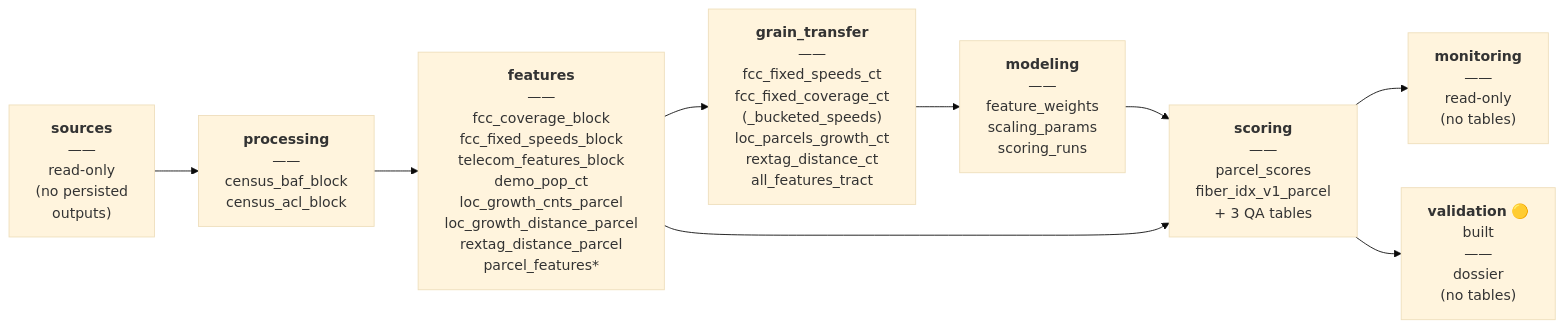
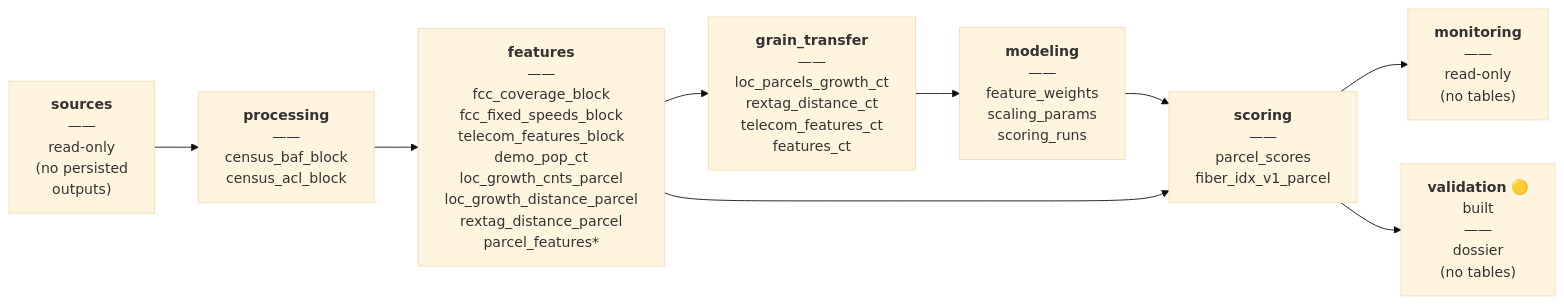
The diagram in docs/repo_structure_detailed.md (eprashar-clgx/network-idx), drawn with Mermaid (base theme) before and after one commit. The commit also changed other lines of this file and 7 other files, not shown here.

````diff
--- a/docs/repo_structure_detailed.md
+++ b/docs/repo_structure_detailed.md
@@ -27,15 +31,15 @@
 ```mermaid
 flowchart LR
   SRC["<b>sources</b><br/>——<br/>read-only<br/>(no persisted<br/>outputs)"]
   PROC["<b>processing</b><br/>——<br/>census_baf_block<br/>census_acl_block"]
   FEAT["<b>features</b><br/>——<br/>fcc_coverage_block<br/>fcc_fixed_speeds_block<br/>telecom_features_block<br/>demo_pop_ct<br/>loc_growth_cnts_parcel<br/>loc_growth_distance_parcel<br/>rextag_distance_parcel<br/>parcel_features*"]
-  GT["<b>grain_transfer</b><br/>——<br/>fcc_fixed_speeds_ct<br/>fcc_fixed_coverage_ct<br/>(_bucketed_speeds)<br/>loc_parcels_growth_ct<br/>rextag_distance_ct<br/>all_features_tract"]
+  GT["<b>grain_transfer</b><br/>——<br/>loc_parcels_growth_ct<br/>rextag_distance_ct<br/>telecom_features_ct<br/>features_ct"]
   MODEL["<b>modeling</b><br/>——<br/>feature_weights<br/>scaling_params<br/>scoring_runs"]
-  SCORE["<b>scoring</b><br/>——<br/>parcel_scores<br/>fiber_idx_v1_parcel<br/>+ 3 QA tables"]
+  SCORE["<b>scoring</b><br/>——<br/>parcel_scores<br/>fiber_idx_v1_parcel"]
   MON["<b>monitoring</b><br/>——<br/>read-only<br/>(no tables)"]
   VAL["<b>validation</b> 🟡<br/>built<br/>——<br/>dossier<br/>(no tables)"]
 
   SRC --> PROC --> FEAT --> GT --> MODEL --> SCORE --> MON
   FEAT --> SCORE
   SCORE --> VAL
 ```
````
